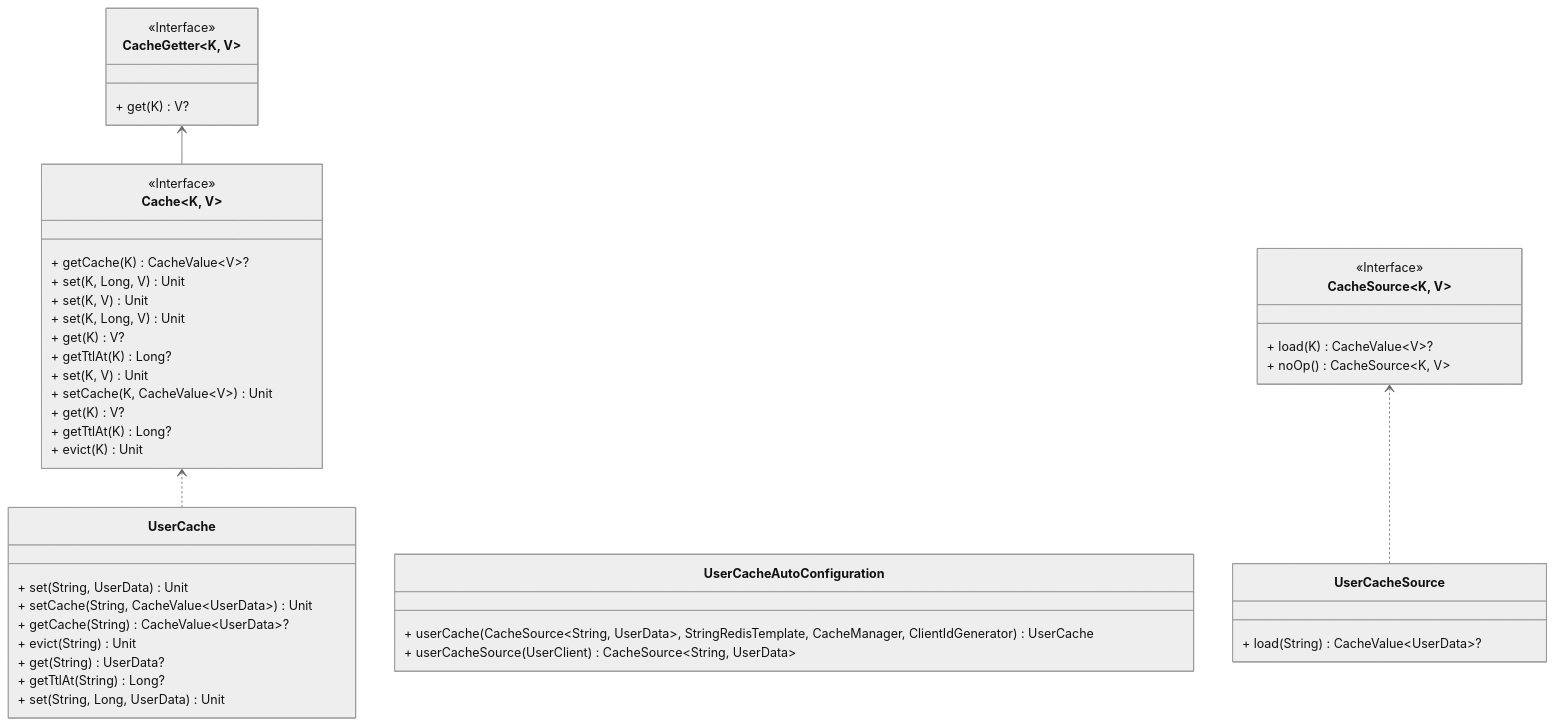
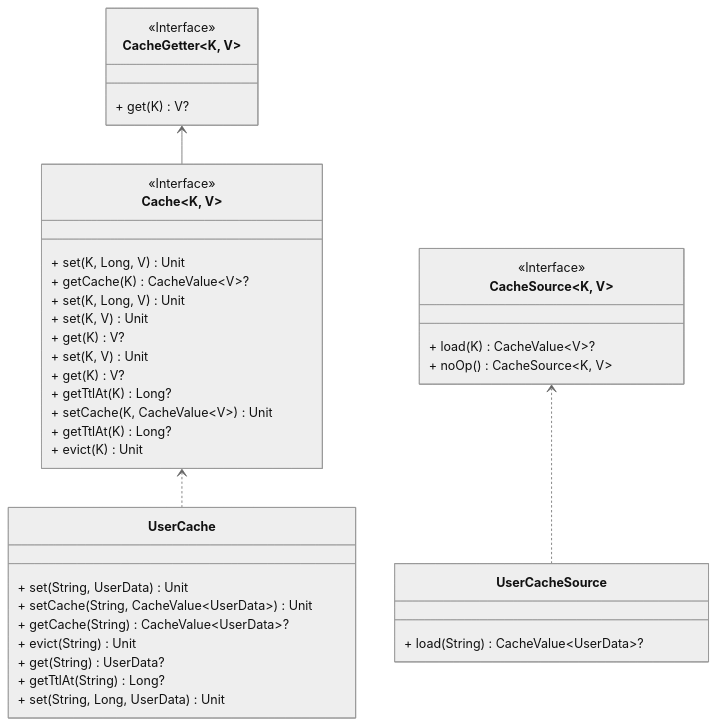
Before and after one commit to Ahoo-Wang/CoCache: the diagram in README.md, drawn with Mermaid (neutral theme).

````diff
--- a/README.md
+++ b/README.md
@@ -43,48 +43,43 @@
 ```mermaid
 classDiagram
 direction BT
 class Cache~K, V~ {
 <<Interface>>
+  + set(K, Long, V) Unit
   + getCache(K) CacheValue~V~?
   + set(K, Long, V) Unit
   + set(K, V) Unit
-  + set(K, Long, V) Unit
+  + get(K) V?
+  + set(K, V) Unit
   + get(K) V?
   + getTtlAt(K) Long?
-  + set(K, V) Unit
   + setCache(K, CacheValue~V~) Unit
-  + get(K) V?
   + getTtlAt(K) Long?
   + evict(K) Unit
 }
 class CacheGetter~K, V~ {
 <<Interface>>
   + get(K) V?
 }
 class CacheSource~K, V~ {
 <<Interface>>
   + load(K) CacheValue~V~?
   + noOp() CacheSource~K, V~
 }
 class UserCache {
   + set(String, UserData) Unit
   + setCache(String, CacheValue~UserData~) Unit
   + getCache(String) CacheValue~UserData~?
   + evict(String) Unit
   + get(String) UserData?
   + getTtlAt(String) Long?
   + set(String, Long, UserData) Unit
 }
-class UserCacheAutoConfiguration {
-  + userCache(CacheSource~String, UserData~, StringRedisTemplate, CacheManager, ClientIdGenerator) UserCache
-  + userCacheSource(UserClient) CacheSource~String, UserData~
-}
 class UserCacheSource {
   + load(String) CacheValue~UserData~?
 }
 
 Cache~K, V~  -->  CacheGetter~K, V~ 
 UserCache  ..>  Cache~K, V~ 
 UserCacheSource  ..>  CacheSource~K, V~ 
-
 ```
````
